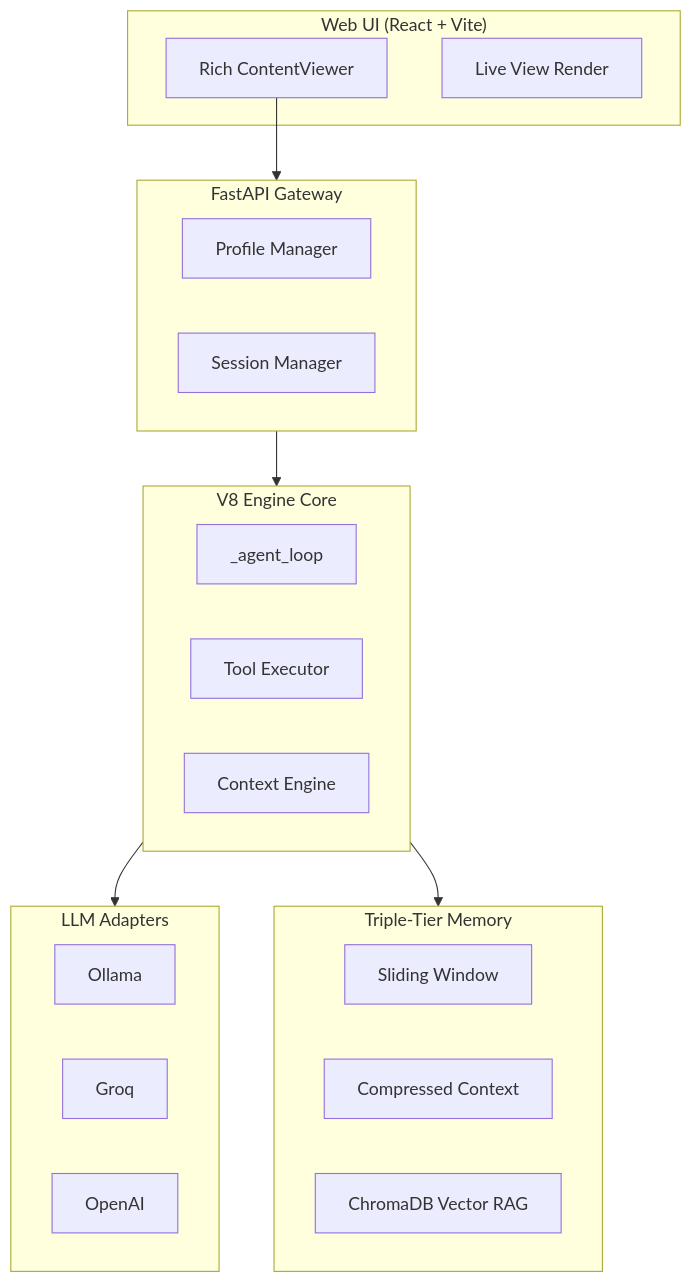
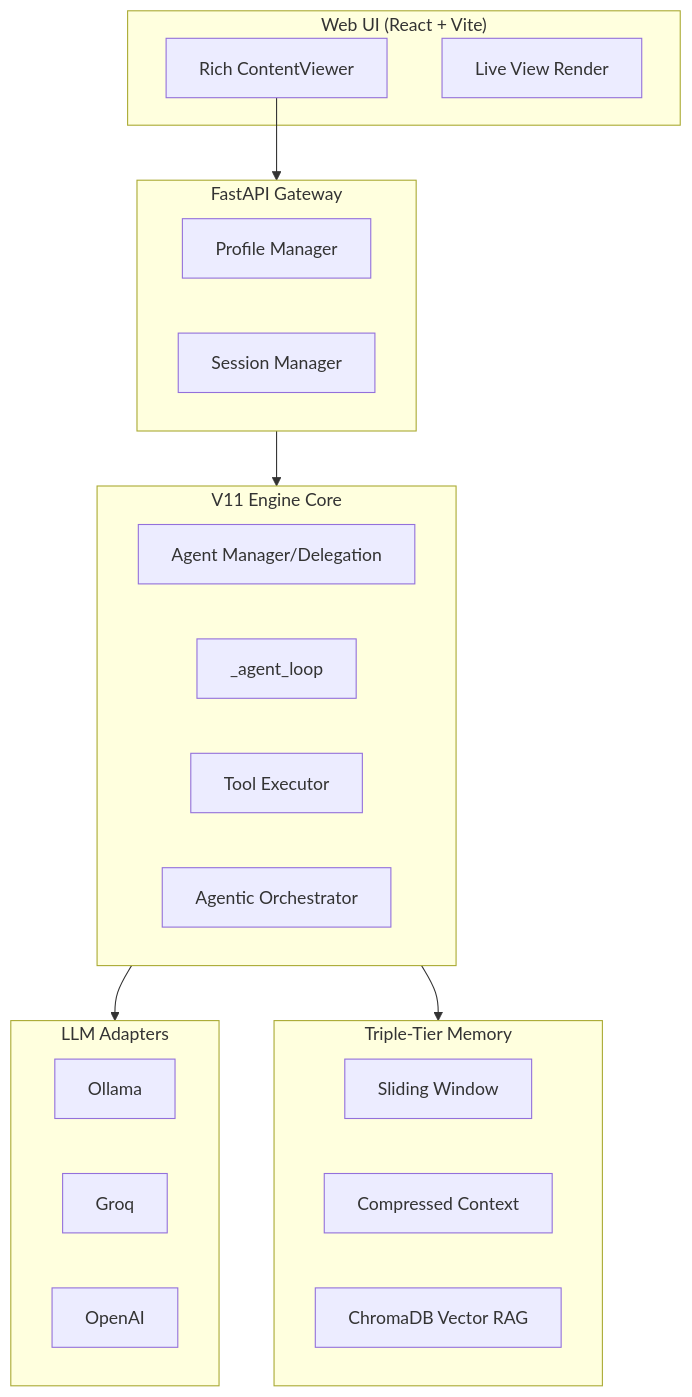
Before and after one commit to theshovonsaha/shovsai: the diagram in README.md, drawn with Mermaid. The commit also changed other lines of this file and 35 other files, not shown here.

````diff
--- a/README.md
+++ b/README.md
@@ -22,35 +23,36 @@
 ```mermaid
 graph TB
     subgraph Frontend ["Web UI (React + Vite)"]
         UI[Rich ContentViewer]
         LC[Live View Render]
     end
 
     subgraph API ["FastAPI Gateway"]
         Auth[Profile Manager]
         SM[Session Manager]
     end
 
-    subgraph Core ["V8 Engine Core"]
+    subgraph Core ["V11 Engine Core"]
+        AM[Agent Manager/Delegation]
         AL[_agent_loop]
         TE[Tool Executor]
-        CE[Context Engine]
+        Orch[Agentic Orchestrator]
     end
 
     subgraph Providers ["LLM Adapters"]
         OL[Ollama]
         GR[Groq]
         OA[OpenAI]
     end
 
     subgraph Memory ["Triple-Tier Memory"]
         SW[Sliding Window]
         CC[Compressed Context]
         VR[ChromaDB Vector RAG]
     end
 
     UI --> API
     API --> Core
     Core --> Providers
     Core --> Memory
 ```
````
